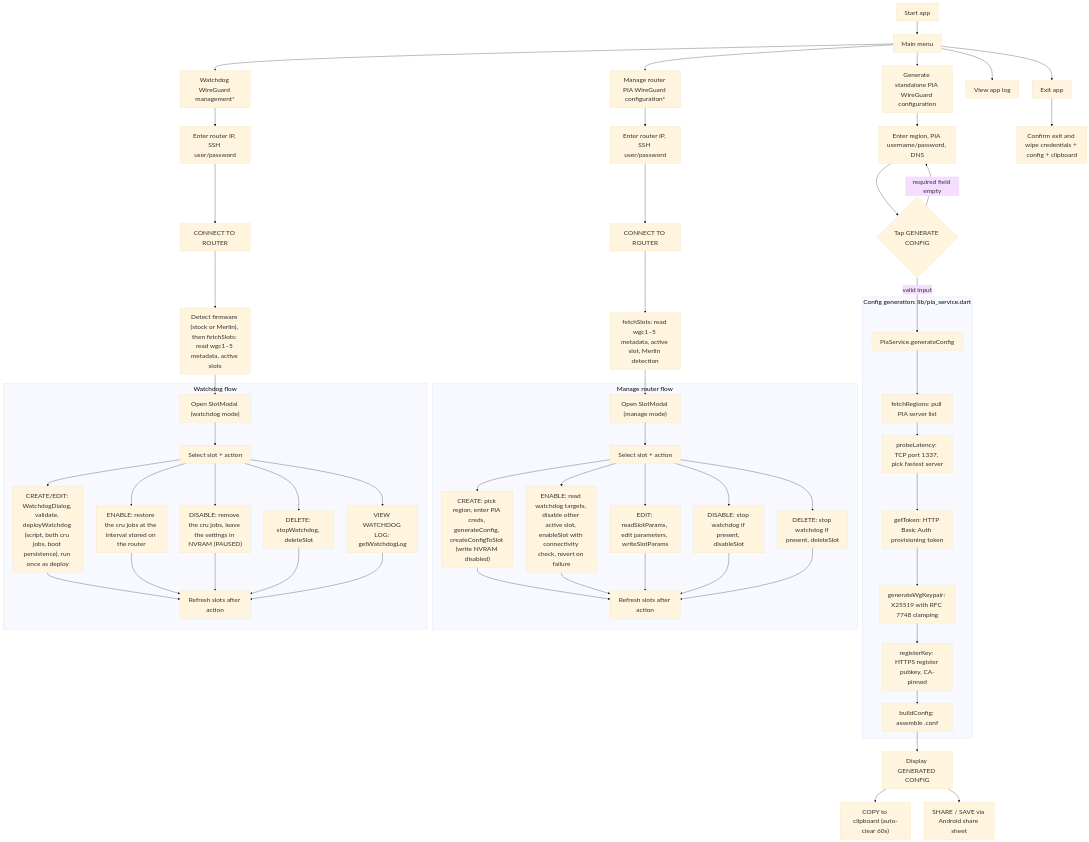
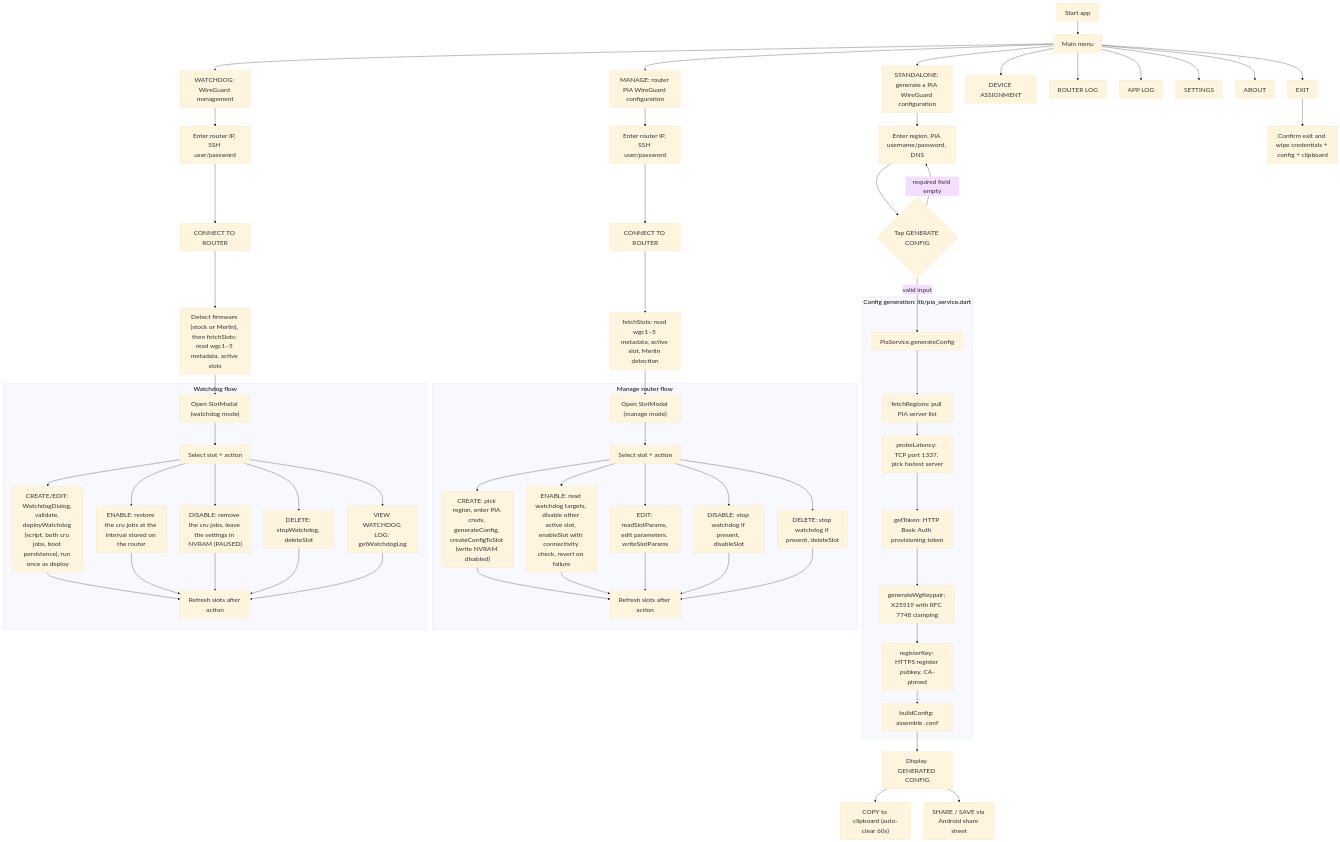
Before and after one commit to ExponentiallyDigital/cfg-pia-wg: the first of 4 diagrams in ARCHITECTURE.md, drawn with Mermaid. The commit also changed 12 other files, not shown here.

````diff
--- a/ARCHITECTURE.md
+++ b/ARCHITECTURE.md
@@ -141,77 +141,81 @@
 ```mermaid
 graph TD
 %%{init: {
   'theme': 'base',
   'themeVariables': {
     'fontSize': '24px'
   },
   'flowchart': {
     'subGraphTitleMargin': { 'top': 1,
     'bottom': 15}
   }
 }}%%
     A["Start app"] --> B["Main menu"]
-    B --> C["Generate standalone PIA WireGuard configuration"]
-    B --> D["Manage router PIA WireGuard configuration*"]
-    B --> E["Watchdog WireGuard management*"]
-    B --> F["View app log"]
-    B --> G["Exit app"]
+    B --> C["STANDALONE: generate a PIA WireGuard configuration"]
+    B --> D["MANAGE: router PIA WireGuard configuration"]
+    B --> E["WATCHDOG: WireGuard management"]
+    B --> MDA["DEVICE ASSIGNMENT"]
+    B --> MRL["ROUTER LOG"]
+    B --> F["APP LOG"]
+    B --> MSET["SETTINGS"]
+    B --> MABOUT["ABOUT"]
+    B --> G["EXIT"]
 
     C --> H["Enter region, PIA username/password, DNS"]
     H --> I{"Tap GENERATE CONFIG"}
     I -->|"required field empty"| H
     I -->|"valid input"| J["PiaService.generateConfig"]
 
     subgraph GEN["Config generation: lib/pia_service.dart"]
         J --> J1["fetchRegions: pull PIA server list"]
         J1 --> J2["probeLatency: TCP port 1337, pick fastest server"]
         J2 --> J3["getToken: HTTP Basic Auth provisioning token"]
         J3 --> J4["generateWgKeypair: X25519 with RFC 7748 clamping"]
         J4 --> J5["registerKey: HTTPS register pubkey, CA-pinned"]
         J5 --> J6["buildConfig: assemble .conf"]
     end
 
     J6 --> K["Display GENERATED CONFIG"]
     K --> L["COPY to clipboard (auto-clear 60s)"]
     K --> M["SHARE / SAVE via Android share sheet"]
 
     D --> D1["Enter router IP, SSH user/password"]
     D1 --> D2["CONNECT TO ROUTER"]
     D2 --> D3["fetchSlots: read wgc1–5 metadata, active slot, Merlin detection"]
     D3 --> D4["Open SlotModal (manage mode)"]
 
     subgraph MGR["Manage router flow"]
       D4 --> D5["Select slot + action"]
       D5 --> D5a["CREATE: pick region, enter PIA creds, generateConfig, createConfigToSlot (write NVRAM disabled)"]
       D5 --> D5b["ENABLE: read watchdog targets, disable other active slot, enableSlot with connectivity check, revert on failure"]
       D5 --> D5c["EDIT: readSlotParams, edit parameters, writeSlotParams"]
       D5 --> D5d["DISABLE: stop watchdog if present, disableSlot"]
       D5 --> D5e["DELETE: stop watchdog if present, deleteSlot"]
       D5a --> D5f["Refresh slots after action"]
       D5b --> D5f
       D5c --> D5f
       D5d --> D5f
       D5e --> D5f
     end
 
     E --> E1["Enter router IP, SSH user/password"]
     E1 --> E2["CONNECT TO ROUTER"]
     E2 --> E3["Detect firmware (stock or Merlin), then fetchSlots: read wgc1–5 metadata, active slots"]
     E3 --> E4["Open SlotModal (watchdog mode)"]
 
     subgraph WD["Watchdog flow"]
       E4 --> E5["Select slot + action"]
       E5 --> E5a["CREATE/EDIT: WatchdogDialog, validate, deployWatchdog (script, both cru jobs, boot persistence), run once as deploy"]
       E5 --> E5b["ENABLE: restore the cru jobs at the interval stored on the router"]
       E5 --> E5c["DISABLE: remove the cru jobs, leave the settings in NVRAM (PAUSED)"]
       E5 --> E5d["DELETE: stopWatchdog, deleteSlot"]
       E5 --> E5e["VIEW WATCHDOG LOG: getWatchdogLog"]
       E5a --> E5f["Refresh slots after action"]
       E5b --> E5f
       E5c --> E5f
       E5d --> E5f
       E5e --> E5f
     end
 
     G --> R["Confirm exit and wipe credentials + config + clipboard"]
 ```
````
